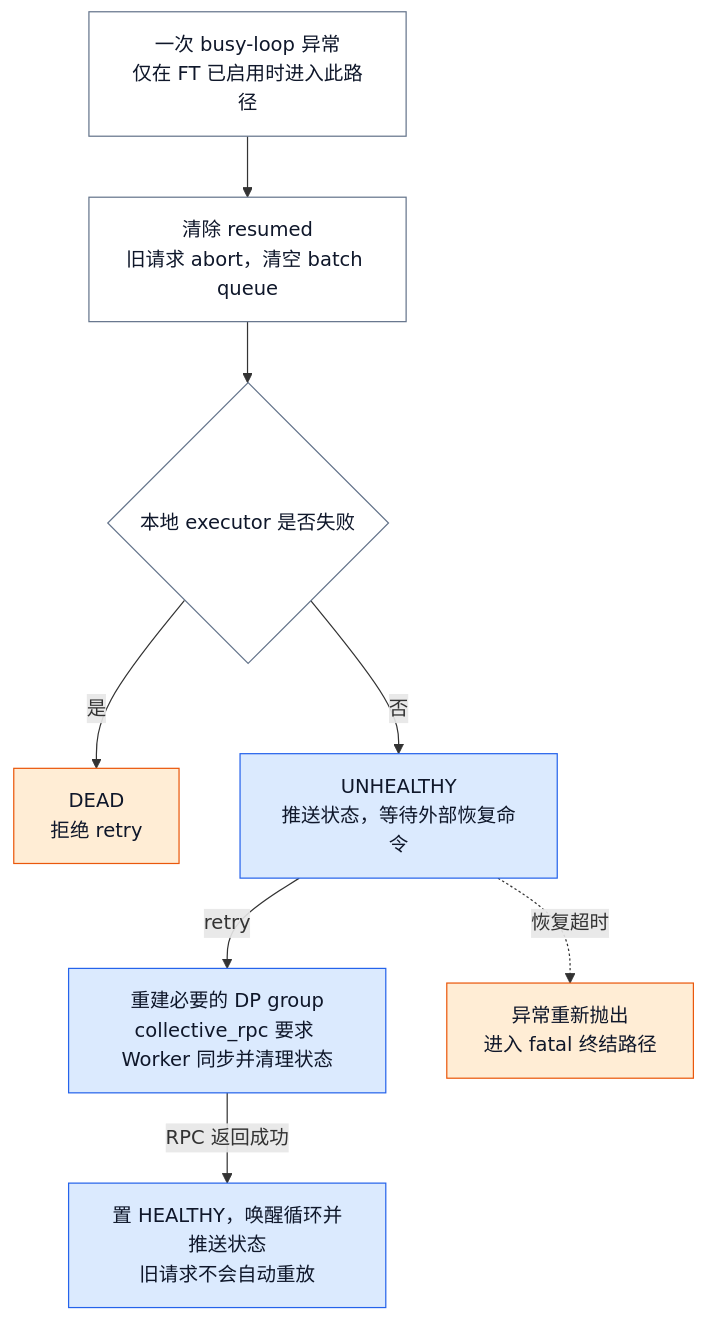
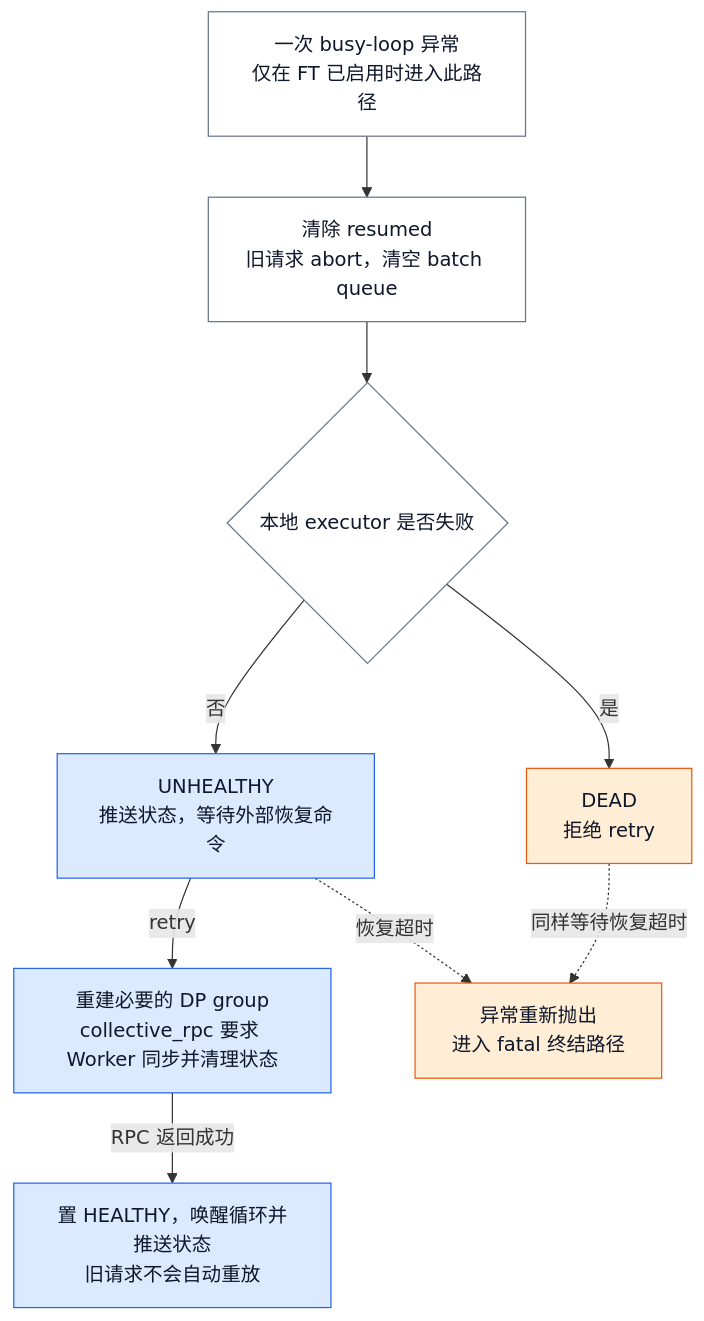
The fifth of 5 diagrams in wiki/02_engineering/03_infer_frameworks/vllm/23_vllm_observability_reliability_analysis.md (suhaibo666/llm-knowledge), drawn with Mermaid before and after one commit. The commit also changed other lines of this file and 11 other files, not shown here.

````diff
--- a/wiki/02_engineering/03_infer_frameworks/vllm/23_vllm_observability_reliability_analysis.md
+++ b/wiki/02_engineering/03_infer_frameworks/vllm/23_vllm_observability_reliability_analysis.md
@@ -97,16 +338,17 @@
 ```mermaid
 flowchart TB
   A["一次 busy-loop 异常<br/>仅在 FT 已启用时进入此路径"] --> B["清除 resumed<br/>旧请求 abort，清空 batch queue"]
   B --> C{本地 executor 是否失败}
   C -->|是| D["DEAD<br/>拒绝 retry"]
   C -->|否| E["UNHEALTHY<br/>推送状态，等待外部恢复命令"]
   E -->|retry| F["重建必要的 DP group<br/>collective_rpc 要求 Worker 同步并清理状态"]
   F -->|RPC 返回成功| G["置 HEALTHY，唤醒循环并推送状态<br/>旧请求不会自动重放"]
+  D -.->|同样等待恢复超时| H
   E -.->|恢复超时| H["异常重新抛出<br/>进入 fatal 终结路径"]
   classDef neutral fill:#ffffff,stroke:#64748b,color:#0f172a
   classDef acc1 fill:#dbeafe,stroke:#2563eb,color:#0f172a
   classDef acc2 fill:#ffedd5,stroke:#ea580c,color:#0f172a
   class A,B,C neutral
   class E,F,G acc1
   class D,H acc2
 ```
````
